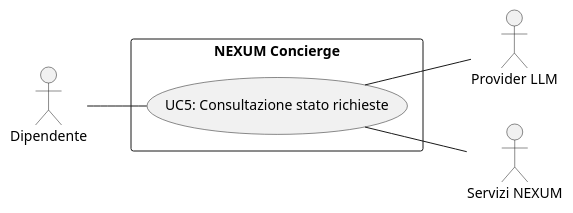
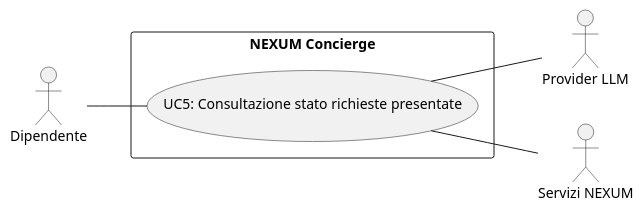
Before and after one commit to RickandCommit/Documentazione: the diagram in RTB/Analisi_dei_Requisiti/Casi_Uso/UC5.puml, drawn with PlantUML. The commit also changed 7 other files, not shown here.

```diff
--- a/RTB/Analisi_dei_Requisiti/Casi_Uso/UC5.puml
+++ b/RTB/Analisi_dei_Requisiti/Casi_Uso/UC5.puml
@@ -1,16 +1,16 @@
 @startuml UC5
 left to right direction
 
 actor "Dipendente" as dp
 actor "Provider LLM" as llm
 actor "Servizi NEXUM" as nexum
 
 rectangle "NEXUM Concierge" {
-    usecase "UC5: Consultazione stato richieste" as UC5
+    usecase "UC5: Consultazione stato richieste presentate" as UC5
 }
 
 dp -- UC5
 UC5 -- llm
 UC5 -- nexum
 
 @enduml
```
